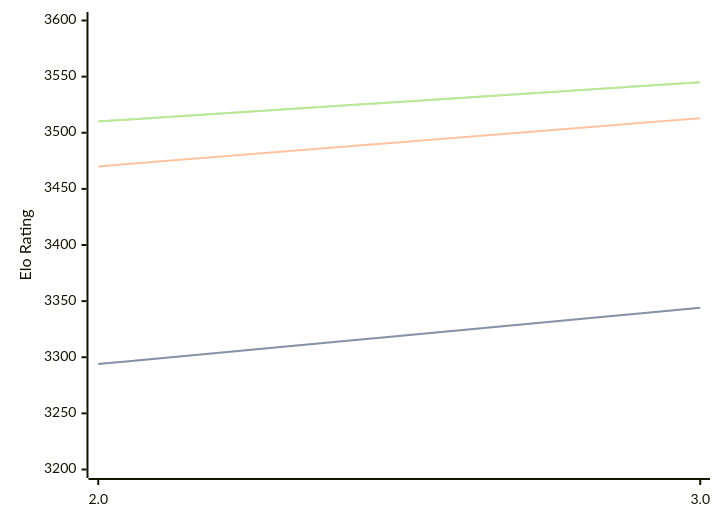
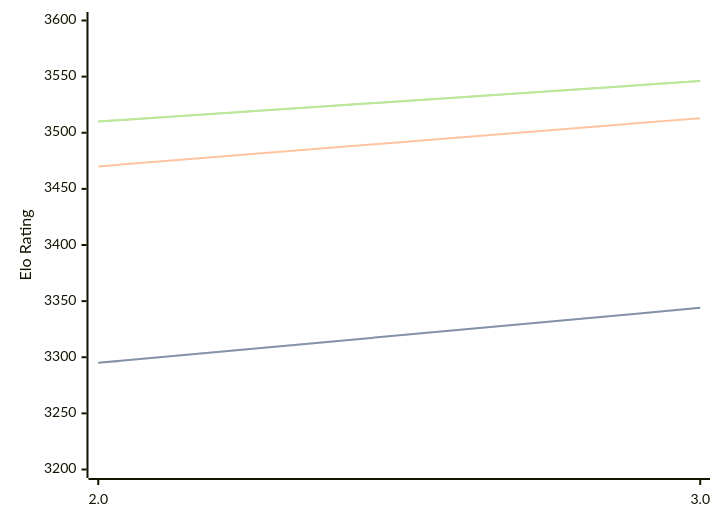
One commit to computer-chess-index/cci changed the diagram in engines/Quanticade.md. Above: the diagram before and after it, drawn with Mermaid. The commit also changed other lines of this file, not shown here.

Commit message:
Update CCI Ratings (ELO VLTC) - 2026-08-24

````diff
--- a/engines/Quanticade.md
+++ b/engines/Quanticade.md
@@ -32,11 +32,11 @@
 ```mermaid
 %%{init: {"theme":"base","themeVariables":{"seriesColors:['#a3a3a3','#222221','#faa371']}}}%%
 xychart-beta
   x-axis ["2.0", "3.0"]
   y-axis "Elo Rating" 3200 --> 3600
-  line "STC (8.0+0.08s)" [3294, 3344]
-  line "STC (8.0+0.08s)" [3294, 3344]
+  line "STC (8.0+0.08s)" [3295, 3344]
+  line "STC (8.0+0.08s)" [3295, 3344]
   line "LTC (60.0+0.60s)" [3470, 3513]
-  line "VLTC (2m24s+1.12s)" [3510, 3545]
-  line "VLTC (2m24s+1.12s)" [3510, 3545]
+  line "VLTC (2m24s+1.12s)" [3510, 3546]
+  line "VLTC (2m24s+1.12s)" [3510, 3546]
 ```
````
